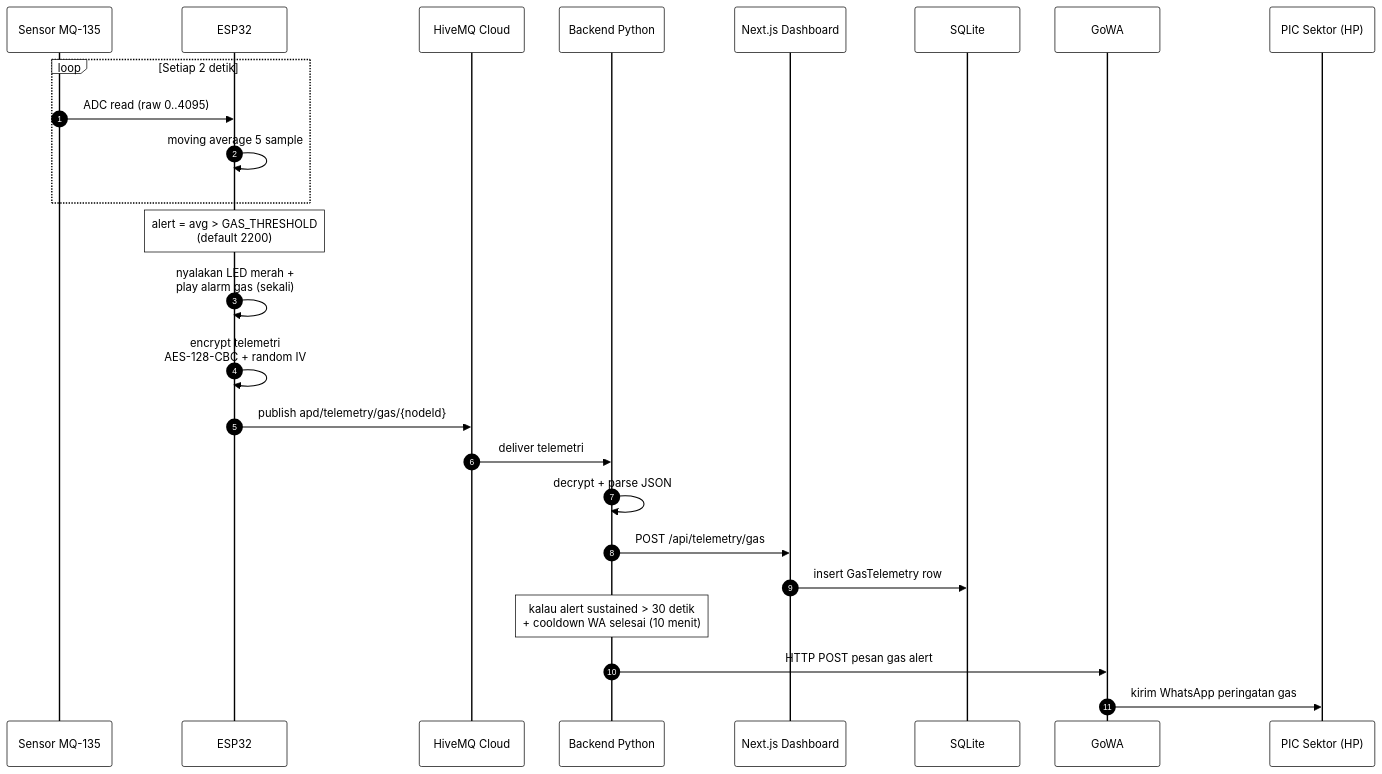
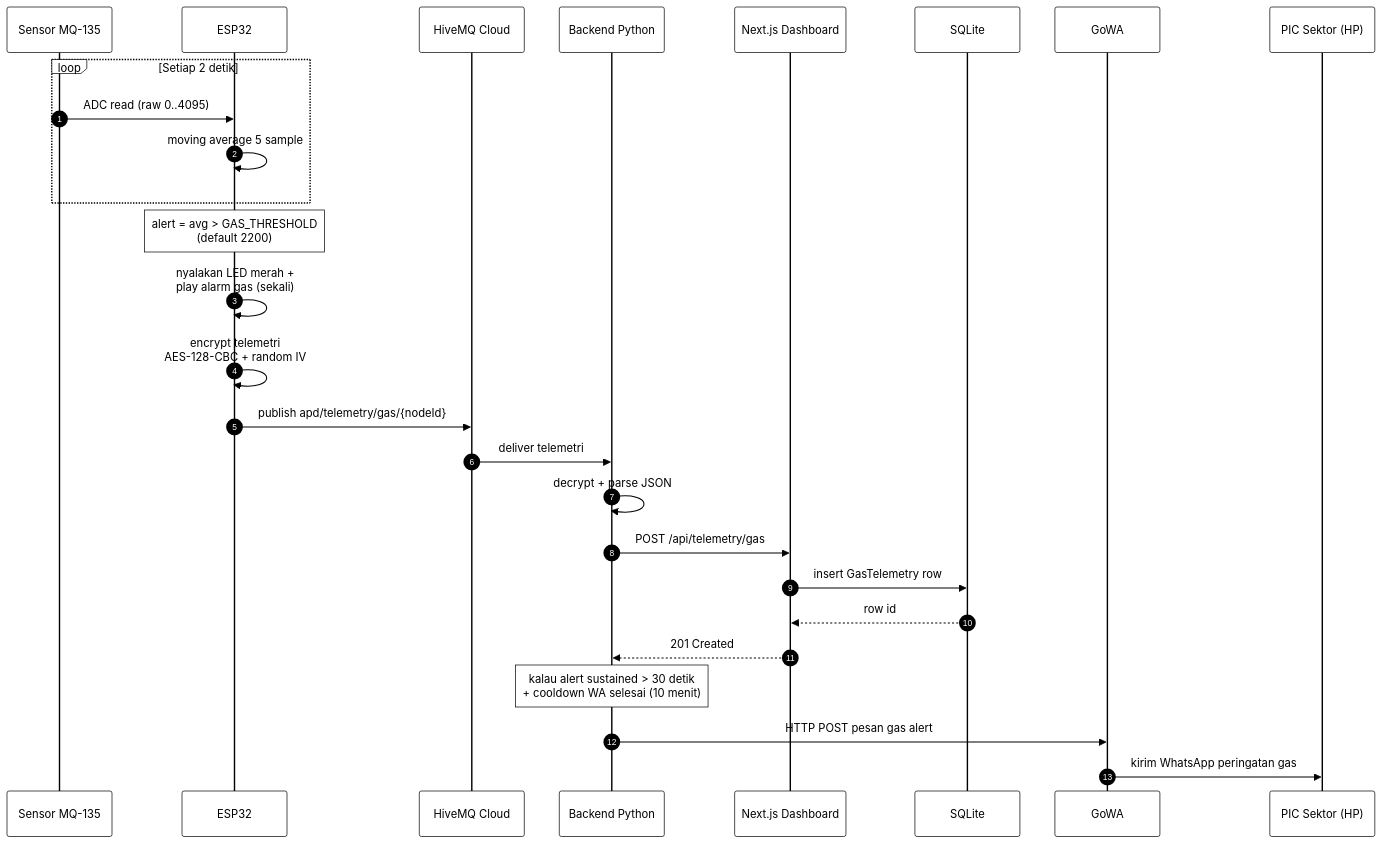
Before and after one commit to sitaurs/pbl-ppe: the fourth of 4 diagrams in docs/BLOCK-DIAGRAM.md, drawn with Mermaid. The commit also changed other lines of this file and 4 other files, not shown here.

````diff
--- a/docs/BLOCK-DIAGRAM.md
+++ b/docs/BLOCK-DIAGRAM.md
@@ -247,50 +284,52 @@
 ```mermaid
 %%{init: {
   'theme': 'base',
   'themeVariables': {
     'background': '#ffffff',
     'primaryColor': '#ffffff',
     'primaryTextColor': '#000000',
     'primaryBorderColor': '#000000',
     'lineColor': '#000000',
     'actorBkg': '#ffffff',
     'actorBorder': '#000000',
     'actorTextColor': '#000000',
     'signalColor': '#000000',
     'signalTextColor': '#000000',
     'labelBoxBkgColor': '#ffffff',
     'labelBoxBorderColor': '#000000',
     'labelTextColor': '#000000',
     'noteBkgColor': '#ffffff',
     'noteBorderColor': '#000000',
     'noteTextColor': '#000000',
     'fontFamily': 'Inter, Arial, sans-serif'
   }
 }}%%
 sequenceDiagram
     autonumber
     participant MQ as Sensor MQ-135
     participant ESP as ESP32
     participant MQTT as HiveMQ Cloud
     participant PY as Backend Python
     participant NX as Next.js Dashboard
     participant DB as SQLite
     participant WA as GoWA
     participant PIC as PIC Sektor (HP)
 
     loop Setiap 2 detik
         MQ->>ESP: ADC read (raw 0..4095)
         ESP->>ESP: moving average 5 sample
     end
     Note over ESP: alert = avg > GAS_THRESHOLD<br/>(default 2200)
     ESP->>ESP: nyalakan LED merah +<br/>play alarm gas (sekali)
     ESP->>ESP: encrypt telemetri<br/>AES-128-CBC + random IV
     ESP->>MQTT: publish apd/telemetry/gas/{nodeId}
     MQTT->>PY: deliver telemetri
     PY->>PY: decrypt + parse JSON
     PY->>NX: POST /api/telemetry/gas
     NX->>DB: insert GasTelemetry row
+    DB-->>NX: row id
+    NX-->>PY: 201 Created
     Note over PY: kalau alert sustained > 30 detik<br/>+ cooldown WA selesai (10 menit)
     PY->>WA: HTTP POST pesan gas alert
     WA->>PIC: kirim WhatsApp peringatan gas
 ```
````
